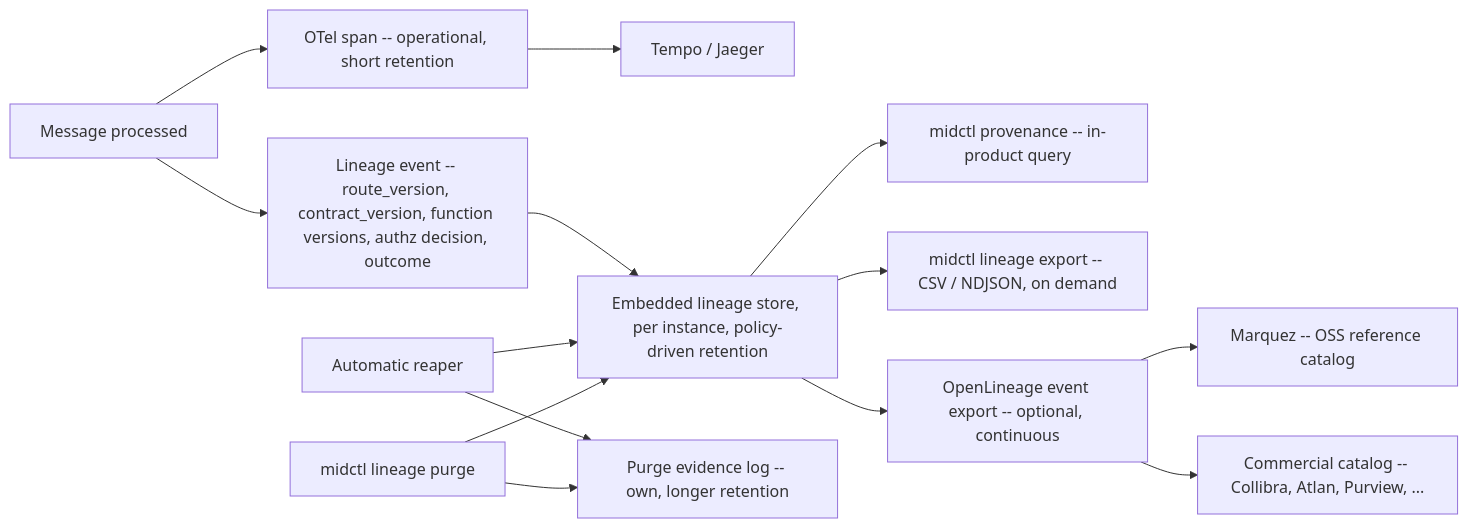
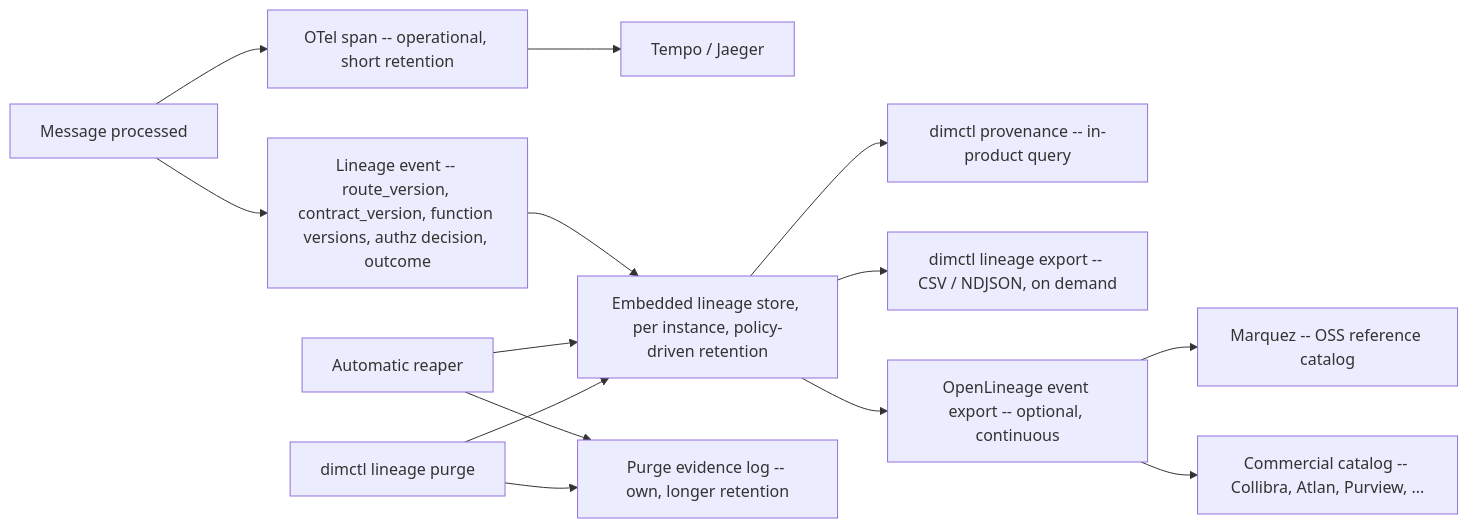
Before and after one commit to naren-chakraview/dim: the third of 9 diagrams in design/eip-middleware-design.md, drawn with Mermaid. The commit also changed other lines of this file and 1 other file, not shown here.

````diff
--- a/design/eip-middleware-design.md
+++ b/design/eip-middleware-design.md
@@ -460,16 +461,16 @@
 ```mermaid
 flowchart LR
     MSG["Message processed"] --> SPAN["OTel span -- operational, short retention"]
     MSG --> EVT["Lineage event -- route_version, contract_version, function versions, authz decision, outcome"]
     SPAN --> TRC["Tempo / Jaeger"]
     EVT --> LDB["Embedded lineage store, per instance, policy-driven retention"]
-    LDB --> PROV["midctl provenance -- in-product query"]
-    LDB --> CSV["midctl lineage export -- CSV / NDJSON, on demand"]
+    LDB --> PROV["dimctl provenance -- in-product query"]
+    LDB --> CSV["dimctl lineage export -- CSV / NDJSON, on demand"]
     LDB --> OLEXP["OpenLineage event export -- optional, continuous"]
     OLEXP --> MARQ["Marquez -- OSS reference catalog"]
     OLEXP --> COMM["Commercial catalog -- Collibra, Atlan, Purview, ..."]
     REAPER["Automatic reaper"] --> LDB
     REAPER --> PLOG["Purge evidence log -- own, longer retention"]
-    MANUAL["midctl lineage purge"] --> LDB
+    MANUAL["dimctl lineage purge"] --> LDB
     MANUAL --> PLOG
 ```
````
